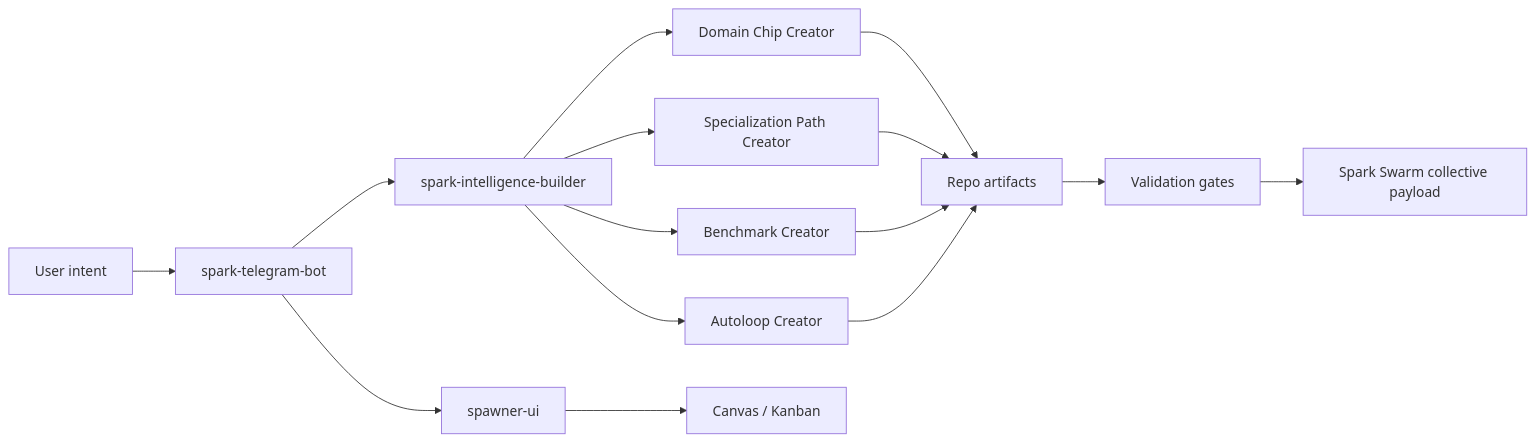
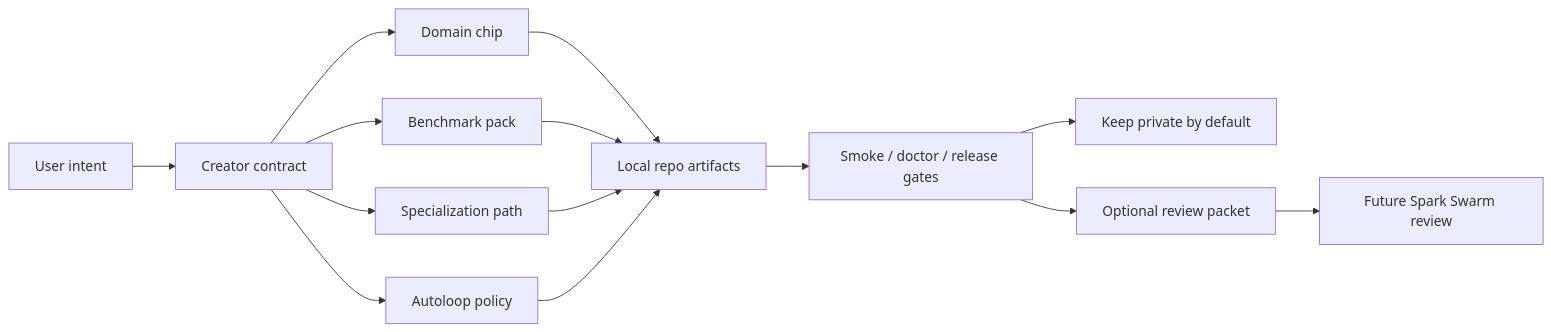
One commit to vibeforge1111/spark-domain-chip-labs changed the diagram in docs/creator_system/README.md. Above: the diagram before and after it, drawn with Mermaid. The commit also changed other lines of this file and 1 other file, not shown here.

Commit message:
Refresh public creator docs

````diff
--- a/docs/creator_system/README.md
+++ b/docs/creator_system/README.md
@@ -60,17 +75,16 @@
 ```mermaid
 flowchart LR
-  U["User intent"] --> T["spark-telegram-bot"]
-  T --> B["spark-intelligence-builder"]
-  B --> C["Domain Chip Creator"]
-  B --> P["Specialization Path Creator"]
-  B --> E["Benchmark Creator"]
-  B --> L["Autoloop Creator"]
-  T --> S["spawner-ui"]
-  S --> V["Canvas / Kanban"]
-  C --> R["Repo artifacts"]
+  U["User intent"] --> C["Creator contract"]
+  C --> D["Domain chip"]
+  C --> B["Benchmark pack"]
+  C --> P["Specialization path"]
+  C --> L["Autoloop policy"]
+  D --> R["Local repo artifacts"]
+  B --> R
   P --> R
-  E --> R
   L --> R
-  R --> Q["Validation gates"]
-  Q --> W["Spark Swarm collective payload"]
+  R --> Q["Smoke / doctor / release gates"]
+  Q --> K["Keep private by default"]
+  Q --> V["Optional review packet"]
+  V --> W["Future Spark Swarm review"]
 ```
````
